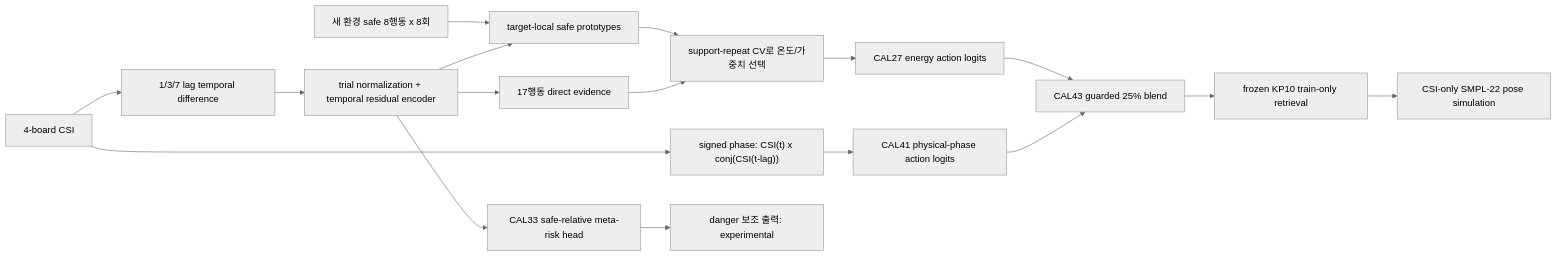
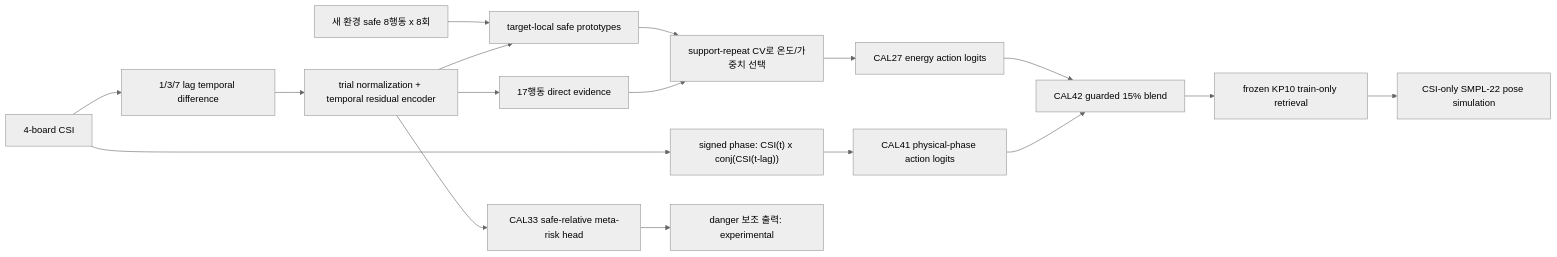
Before and after one commit to jjyoon012-git/NotiFi: the first of 16 diagrams in CSI-to-Pose/README.md, drawn with Mermaid (neutral theme). The commit also changed other lines of this file and 3 other files, not shown here.

````diff
--- a/CSI-to-Pose/README.md
+++ b/CSI-to-Pose/README.md
@@ -24,19 +24,19 @@
 ```mermaid
 flowchart LR
     A["4-board CSI"] --> B["1/3/7 lag temporal difference"]
     A --> P["signed phase: CSI(t) x conj(CSI(t-lag))"]
     B --> C["trial normalization + temporal residual encoder"]
     D["새 환경 safe 8행동 x 8회"] --> E["target-local safe prototypes"]
     C --> F["17행동 direct evidence"]
     C --> E
     E --> G["support-repeat CV로 온도/가중치 선택"]
     F --> G
     G --> H["CAL27 energy action logits"]
     P --> Q["CAL41 physical-phase action logits"]
-    H --> R["CAL43 guarded 25% blend"]
+    H --> R["CAL42 guarded 15% blend"]
     Q --> R
     R --> I["frozen KP10 train-only retrieval"]
     I --> J["CSI-only SMPL-22 pose simulation"]
     C --> K["CAL33 safe-relative meta-risk head"]
     K --> L["danger 보조 출력: experimental"]
 ```
````
